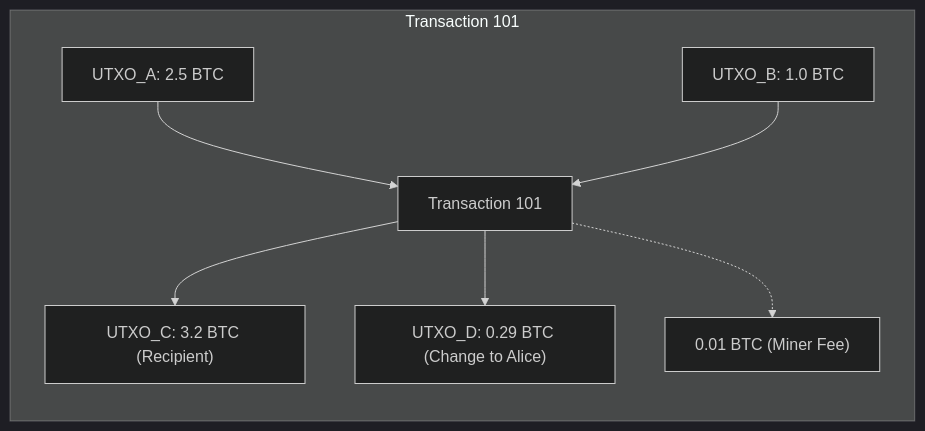
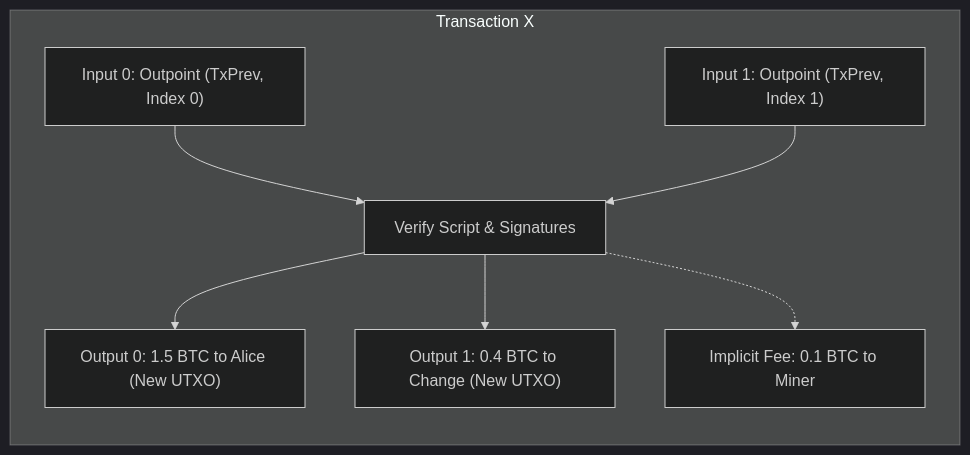
Before and after one commit to ub-society/modules: the second of 5 diagrams in docs/learn/fundamentals/02-architecture-and-state/03-ledger-state-models-utxo-vs-account.md, drawn with Mermaid (dark theme). The commit also changed other lines of this file and 3 other files, not shown here.

````diff
--- a/docs/learn/fundamentals/02-architecture-and-state/03-ledger-state-models-utxo-vs-account.md
+++ b/docs/learn/fundamentals/02-architecture-and-state/03-ledger-state-models-utxo-vs-account.md
@@ -13,10 +64,10 @@
 ```mermaid
 flowchart LR
-    subgraph Transaction 101
-        In1["UTXO_A: 2.5 BTC"] --> Tx1["Transaction 101"]
-        In2["UTXO_B: 1.0 BTC"] --> Tx1
-        Tx1 --> Out1["UTXO_C: 3.2 BTC (Recipient)"]
-        Tx1 --> Out2["UTXO_D: 0.29 BTC (Change to Alice)"]
-        Tx1 -.-> Fee["0.01 BTC (Miner Fee)"]
+    subgraph Transaction X
+        In1["Input 0: Outpoint (TxPrev, Index 0)"] --> ScriptVerify[Verify Script & Signatures]
+        In2["Input 1: Outpoint (TxPrev, Index 1)"] --> ScriptVerify
+        ScriptVerify --> Out0["Output 0: 1.5 BTC to Alice (New UTXO)"]
+        ScriptVerify --> Out1["Output 1: 0.4 BTC to Change (New UTXO)"]
+        ScriptVerify -.-> Fee["Implicit Fee: 0.1 BTC to Miner"]
     end
 ```
````
